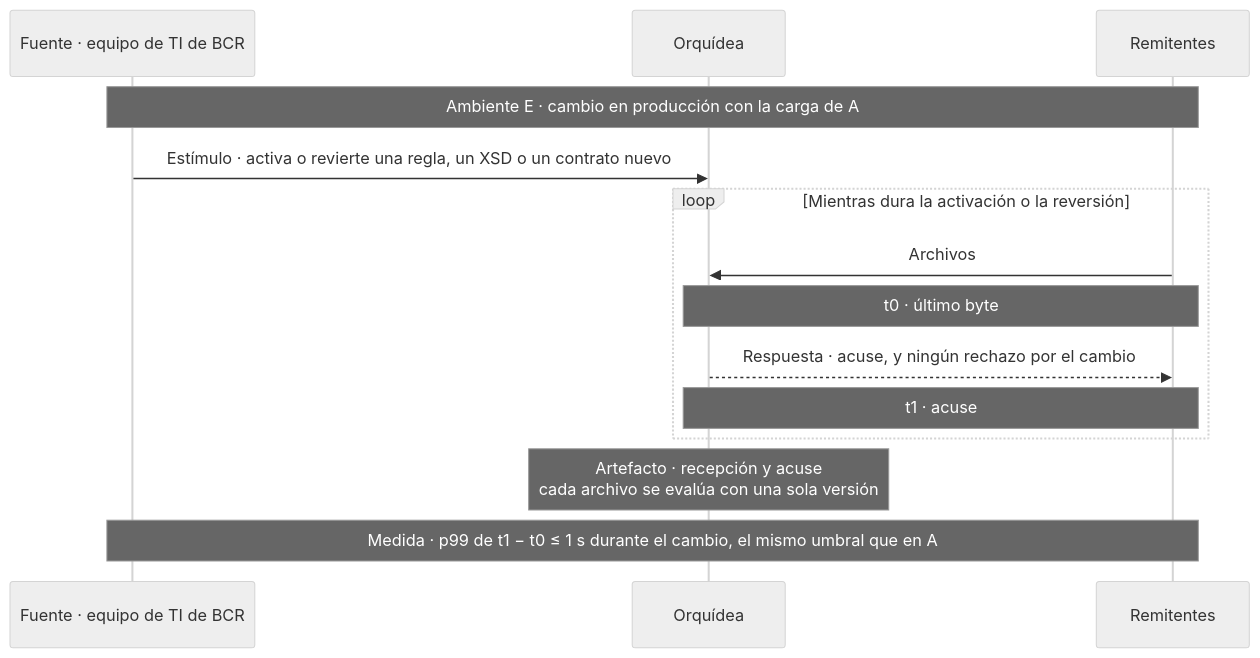
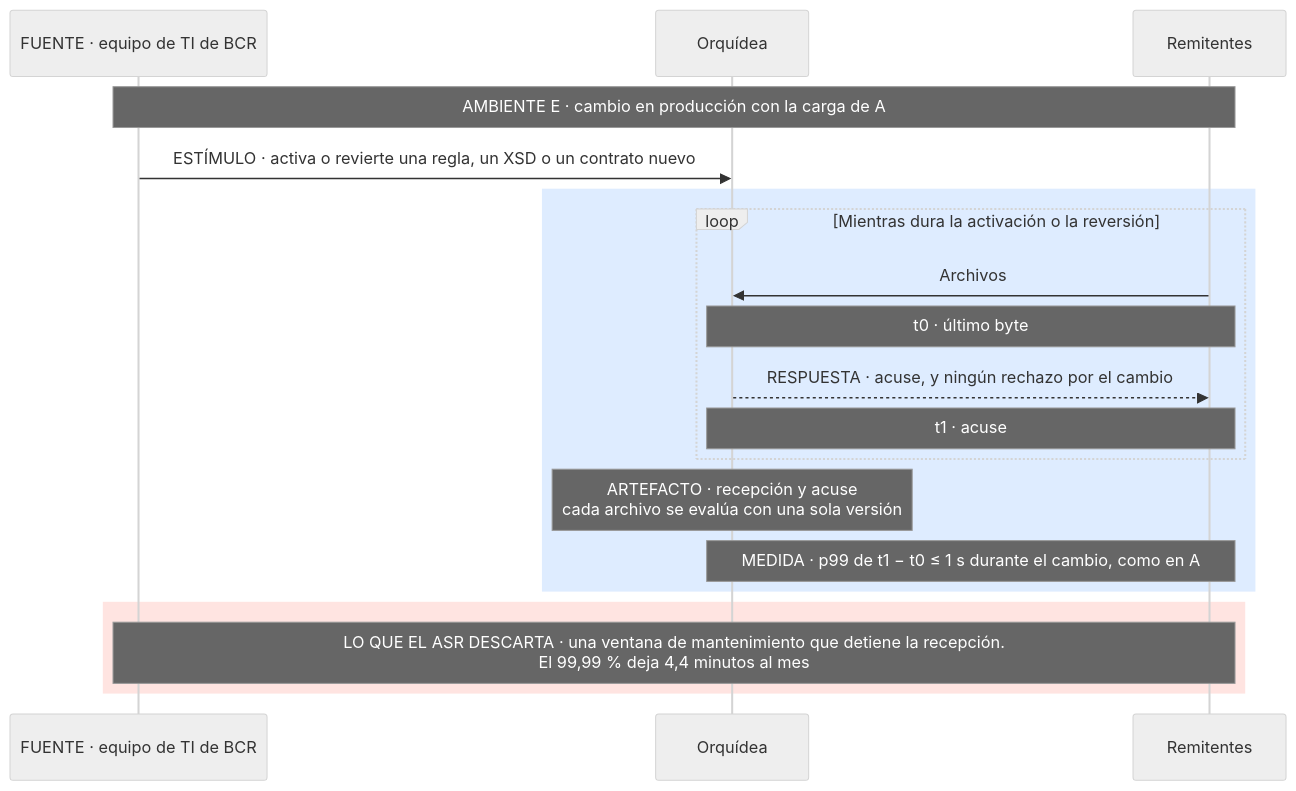
One commit to MATI-MBIT/arqsoft-reto-4 changed diagram 11 of 17 in docs/quality-attributes.md. Above: the diagram before and after it, drawn with Mermaid (neutral theme). The commit also changed other lines of this file, not shown here.

Commit message:
Rediseña los diagramas de los ASR: banda de lo medido y banda de lo que el ASR descarta

````diff
--- a/docs/quality-attributes.md
+++ b/docs/quality-attributes.md
@@ -451,16 +509,21 @@
 ```mermaid
 sequenceDiagram
-    participant T as Fuente · equipo de TI de BCR
+    participant T as FUENTE · equipo de TI de BCR
     participant O as Orquídea
     participant R as Remitentes
-    Note over T,R: Ambiente E · cambio en producción con la carga de A
-    T->>O: Estímulo · activa o revierte una regla, un XSD o un contrato nuevo
+    Note over T,R: AMBIENTE E · cambio en producción con la carga de A
+    T->>O: ESTÍMULO · activa o revierte una regla, un XSD o un contrato nuevo
+    rect rgb(222, 236, 255)
     loop Mientras dura la activación o la reversión
         R->>O: Archivos
         Note over O,R: t0 · último byte
-        O-->>R: Respuesta · acuse, y ningún rechazo por el cambio
+        O-->>R: RESPUESTA · acuse, y ningún rechazo por el cambio
         Note over O,R: t1 · acuse
     end
-    Note over O: Artefacto · recepción y acuse<br/>cada archivo se evalúa con una sola versión
-    Note over T,R: Medida · p99 de t1 − t0 ≤ 1 s durante el cambio, el mismo umbral que en A
+    Note over O: ARTEFACTO · recepción y acuse<br/>cada archivo se evalúa con una sola versión
+    Note over O,R: MEDIDA · p99 de t1 − t0 ≤ 1 s durante el cambio, como en A
+    end
+    rect rgb(255, 228, 225)
+    Note over T,R: LO QUE EL ASR DESCARTA · una ventana de mantenimiento que detiene la recepción.<br/>El 99,99 % deja 4,4 minutos al mes
+    end
 ```
````
